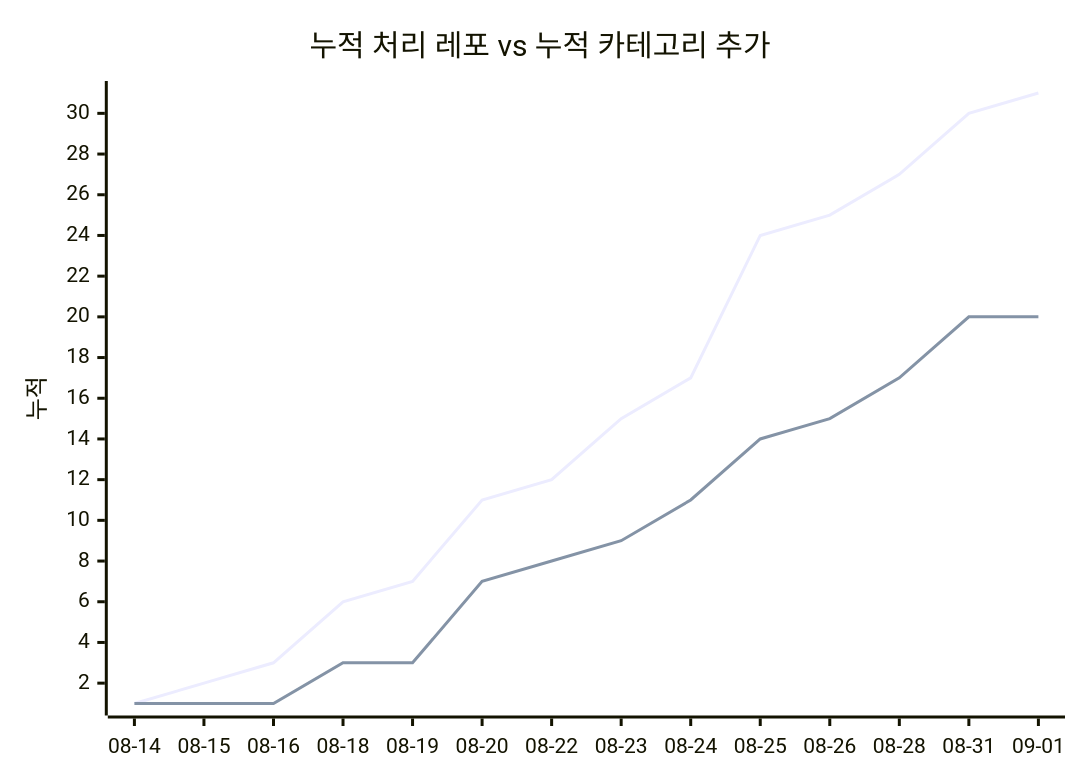
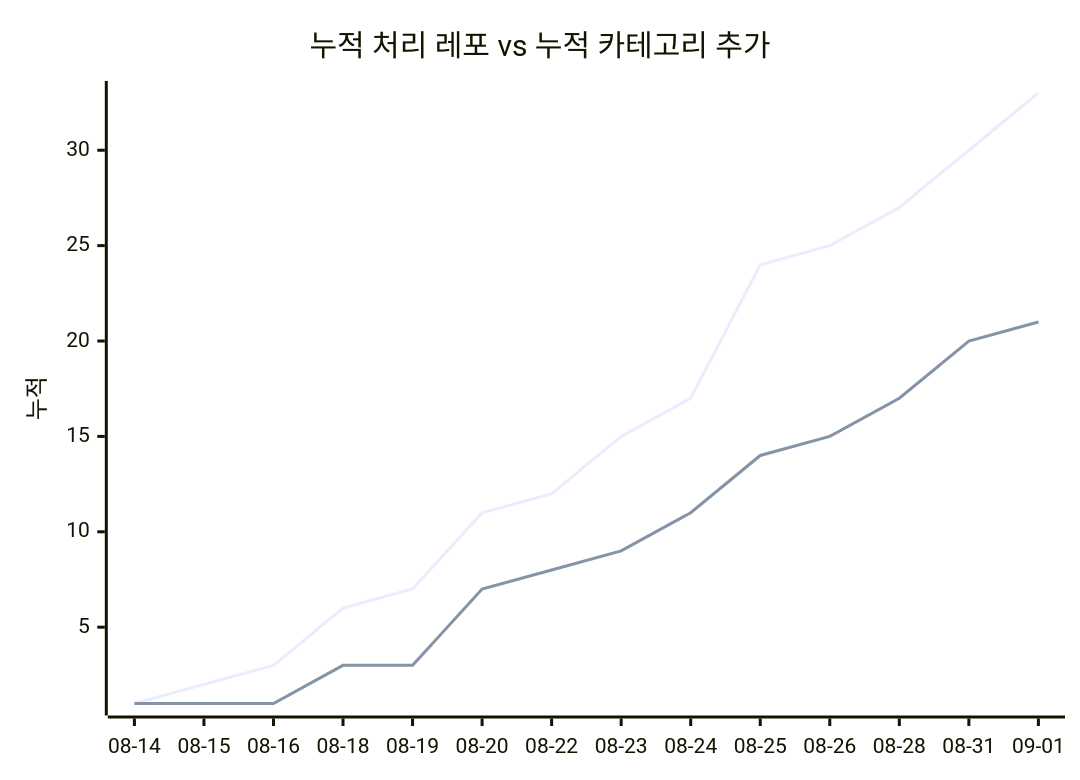
The second of 2 diagrams in docs/trends.md (J-nowcow/awesome-korean-agent-skills), drawn with Mermaid before and after one commit. The commit also changed other lines of this file and 4 other files, not shown here.

````diff
--- a/docs/trends.md
+++ b/docs/trends.md
@@ -68,8 +68,8 @@
 ```mermaid
 xychart-beta
     title "누적 처리 레포 vs 누적 카테고리 추가"
     x-axis ["08-14","08-15","08-16","08-18","08-19","08-20","08-22","08-23","08-24","08-25","08-26","08-28","08-31","09-01"]
     y-axis "누적"
-    line [1,2,3,6,7,11,12,15,17,24,25,27,30,31]
-    line [1,1,1,3,3,7,8,9,11,14,15,17,20,20]
+    line [1,2,3,6,7,11,12,15,17,24,25,27,30,33]
+    line [1,1,1,3,3,7,8,9,11,14,15,17,20,21]
 ```
````
